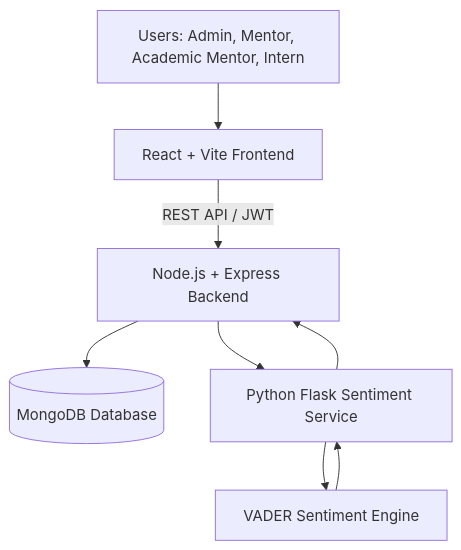
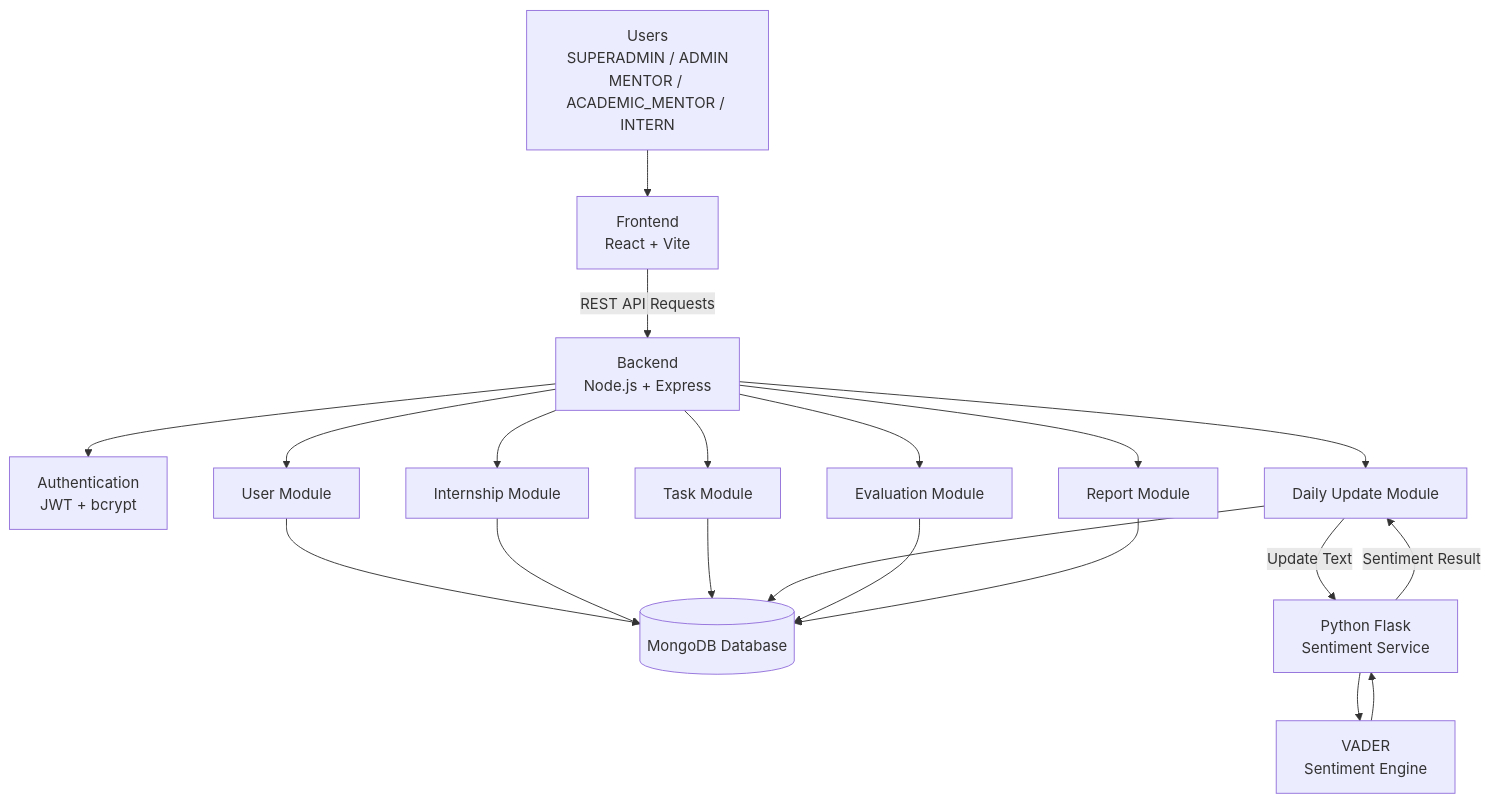
One commit to sarthakdarshane/InternManagement changed the first of 13 diagrams in README.md. Above: the diagram before and after it, drawn with Mermaid. The commit also changed other lines of this file, not shown here.

````diff
--- a/README.md
+++ b/README.md
@@ -172,17 +187,42 @@
 ```mermaid
 flowchart TD
-    U[Users: Admin, Mentor, Academic Mentor, Intern]
-    FE[React + Vite Frontend]
-    API[Node.js + Express Backend]
-    DB[(MongoDB Database)]
-    SA[Python Flask Sentiment Service]
-    V[VADER Sentiment Engine]
+    U["Users<br/>SUPERADMIN / ADMIN<br/>MENTOR / ACADEMIC_MENTOR / INTERN"]
+
+    FE["Frontend<br/>React + Vite"]
+    API["Backend<br/>Node.js + Express"]
+    AUTH["Authentication<br/>JWT + bcrypt"]
+
+    USER["User Module"]
+    INT["Internship Module"]
+    TASK["Task Module"]
+    UPDATE["Daily Update Module"]
+    EVAL["Evaluation Module"]
+    REPORT["Report Module"]
+
+    DB[("MongoDB Database")]
+    FLASK["Python Flask<br/>Sentiment Service"]
+    VADER["VADER<br/>Sentiment Engine"]
 
     U --> FE
-    FE -->|REST API / JWT| API
-    API --> DB
-    API --> SA
-    SA --> V
-    V --> SA
-    SA --> API
+    FE -->|"REST API Requests"| API
+    API --> AUTH
+
+    API --> USER
+    API --> INT
+    API --> TASK
+    API --> UPDATE
+    API --> EVAL
+    API --> REPORT
+
+    USER --> DB
+    INT --> DB
+    TASK --> DB
+    UPDATE --> DB
+    EVAL --> DB
+    REPORT --> DB
+
+    UPDATE -->|"Update Text"| FLASK
+    FLASK --> VADER
+    VADER --> FLASK
+    FLASK -->|"Sentiment Result"| UPDATE
 ```
````
